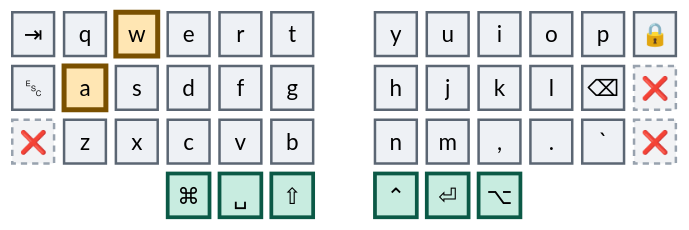
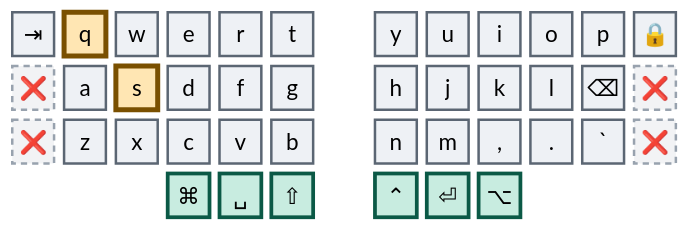
One commit to abloch/zmk-corne changed the tenth of 41 diagrams in combos.md. Above: the diagram before and after it, drawn with Mermaid. The commit also changed other lines of this file and 5 other files, not shown here.

````diff
--- a/combos.md
+++ b/combos.md
@@ -259,21 +261,21 @@
 ```mermaid
 %%{init: {'theme':'base','themeVariables':{'primaryColor':'#eef1f5','primaryTextColor':'#0b0f14','primaryBorderColor':'#5b6673','nodeTextColor':'#0b0f14','textColor':'#0b0f14','mainBkg':'#eef1f5','fontSize':'18px'}}}%%
 block
 columns 13
 
   tab["⇥"] q w e r t space y u i o p lock["🔒"]
-  esc["␛"] a s d f g space h j k l bspc["⌫"] x1["❌"]
+  x4["❌"] a s d f g space h j k l bspc["⌫"] x1["❌"]
   x2["❌"] z x c v b space n m cma[","] dot["."] grv[" `"] x3["❌"]
   space:3 cmd["⌘"] spc["␣"] sft["⇧"] space ctl["⌃"] ent["⏎"] alt["⌥"] space:3
 
   classDef anchor fill:#bfe6f0,stroke:#0a4f63,stroke-width:4px,color:#04222b
   classDef trig fill:#ffe6b3,stroke:#7a5000,stroke-width:4px,color:#2e1e00
   classDef core fill:#eef1f5,stroke:#5b6673,stroke-width:2px,color:#0b0f14
   classDef thumb fill:#c8ece0,stroke:#0b5946,stroke-width:3px,color:#06241c
   classDef dead fill:#f2f3f5,stroke:#98a2ae,stroke-width:2px,stroke-dasharray:5 4,color:#5b6673
 
-  class w,a trig
-  class tab,q,e,r,t,y,u,i,o,p,lock,esc,s,d,f,g,h,j,k,l,bspc,z,x,c,v,b,n,m,cma,dot,grv core
+  class q,s trig
+  class tab,w,e,r,t,y,u,i,o,p,lock,a,d,f,g,h,j,k,l,bspc,z,x,c,v,b,n,m,cma,dot,grv core
   class cmd,spc,sft,ctl,ent,alt thumb
-  class x1,x2,x3 dead
+  class x1,x2,x3,x4 dead
 ```
````
